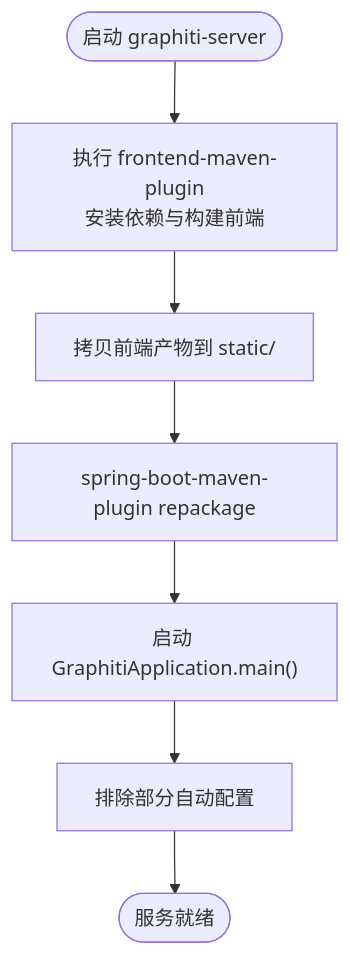
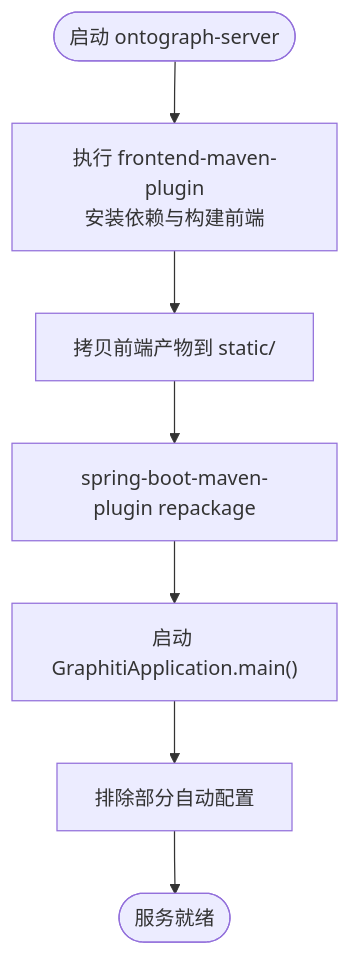
Before and after one commit to joezxh/graphiti-java: the sixth of 7 diagrams in docs/manual/架构设计/模块化设计/模块依赖关系.md, drawn with Mermaid. The commit also changed other lines of this file and 200 other files, not shown here.

````diff
--- a/docs/manual/架构设计/模块化设计/模块依赖关系.md
+++ b/docs/manual/架构设计/模块化设计/模块依赖关系.md
@@ -240,9 +240,9 @@
 ```mermaid
 flowchart TD
-Start(["启动 graphiti-server"]) --> BuildFrontend["执行 frontend-maven-plugin<br/>安装依赖与构建前端"]
+Start(["启动 ontograph-server"]) --> BuildFrontend["执行 frontend-maven-plugin<br/>安装依赖与构建前端"]
 BuildFrontend --> CopyDist["拷贝前端产物到 static/"]
 CopyDist --> SpringBootRepackage["spring-boot-maven-plugin repackage"]
 SpringBootRepackage --> RunApp["启动 GraphitiApplication.main()"]
 RunApp --> ExcludeAutoCfg["排除部分自动配置"]
 ExcludeAutoCfg --> Ready(["服务就绪"])
 ```
````
